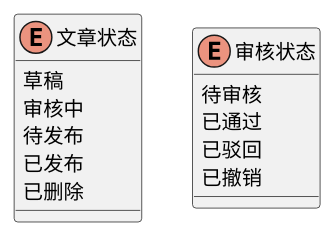
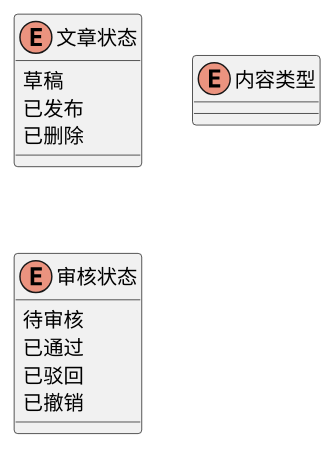
One commit to red-jasmine/framework changed the second of 2 diagrams in docs/articles/article.md. Above: the diagram before and after it, drawn with PlantUML. The commit also changed 4 other files, not shown here.

````diff
--- a/docs/articles/article.md
+++ b/docs/articles/article.md
@@ -71,23 +71,25 @@
 ```plantuml
 @startuml
 
 enum 文章状态{
 草稿
-审核中
-待发布
 已发布
 已删除
+}
+
+enum 内容类型{
+
 }
 
 enum 审核状态{
 待审核
 已通过
 已驳回
 已撤销
 }
 
 
 @enduml
 
 
 ```
````
